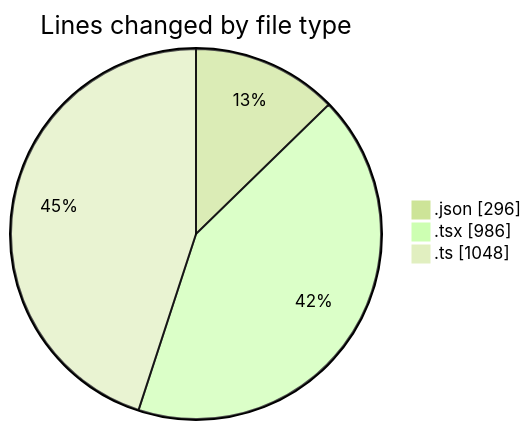
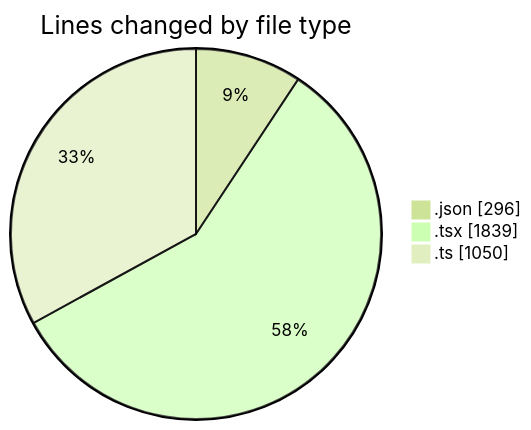
One commit to julien-gomy/code-tracking changed the first of 2 diagrams in 2025-10-07/eventscop-frontend-guide__workspace_/README.md. Above: the diagram before and after it, drawn with Mermaid (forest theme). The commit also changed other lines of this file and 1 other file, not shown here.

````diff
--- a/2025-10-07/eventscop-frontend-guide__workspace_/README.md
+++ b/2025-10-07/eventscop-frontend-guide__workspace_/README.md
@@ -35,7 +36,7 @@
 ```mermaid
 pie showData
 title Lines changed by file type
 ".json" : 296
-".tsx" : 986
-".ts" : 1048
+".tsx" : 1839
+".ts" : 1050
 ```
````
